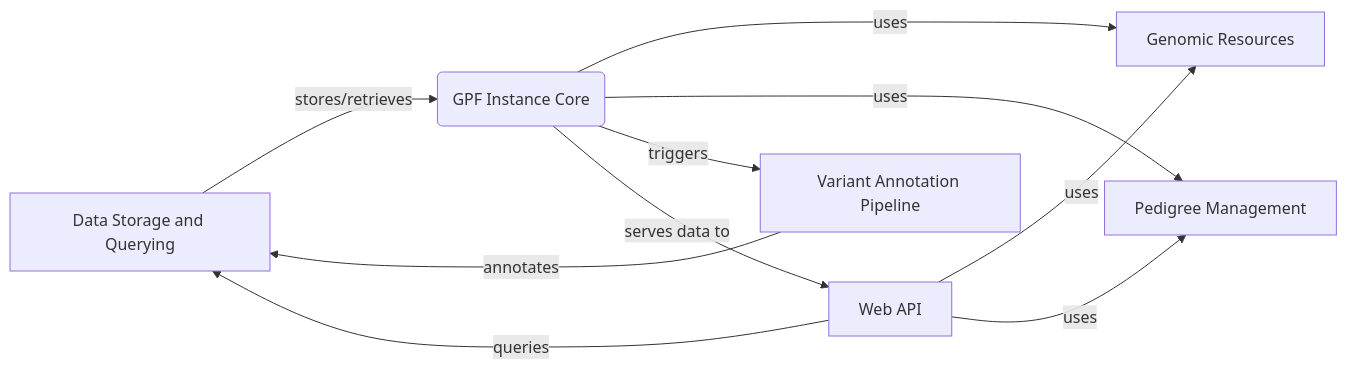
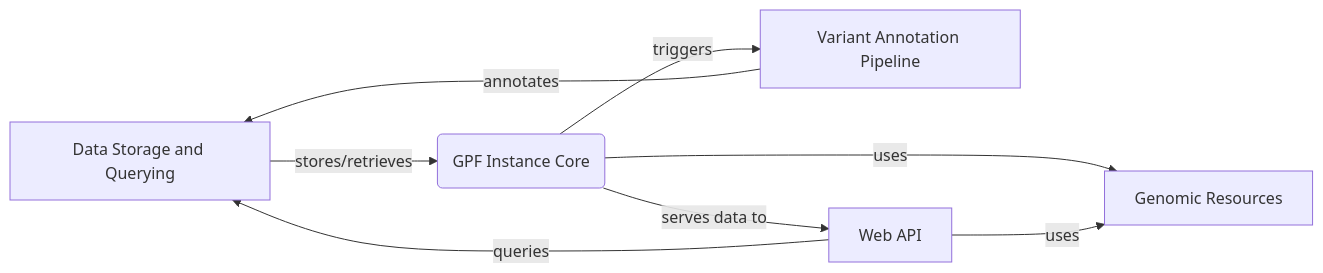
One commit to CodeBoarding/GeneratedOnBoardings changed the diagram in gpf/on_boarding.md. Above: the diagram before and after it, drawn with Mermaid.

````diff
--- a/gpf/on_boarding.md
+++ b/gpf/on_boarding.md
@@ -7,12 +7,10 @@
 ```mermaid
 graph LR
     A[Data Storage and Querying] -- stores/retrieves --> B(GPF Instance Core)
     B -- uses --> C[Genomic Resources]
-    B -- uses --> D[Pedigree Management]
     B -- triggers --> E[Variant Annotation Pipeline]
     E -- annotates --> A
     B -- serves data to --> F[Web API]
     F -- queries --> A
     F -- uses --> C
-    F -- uses --> D
 ```
````
